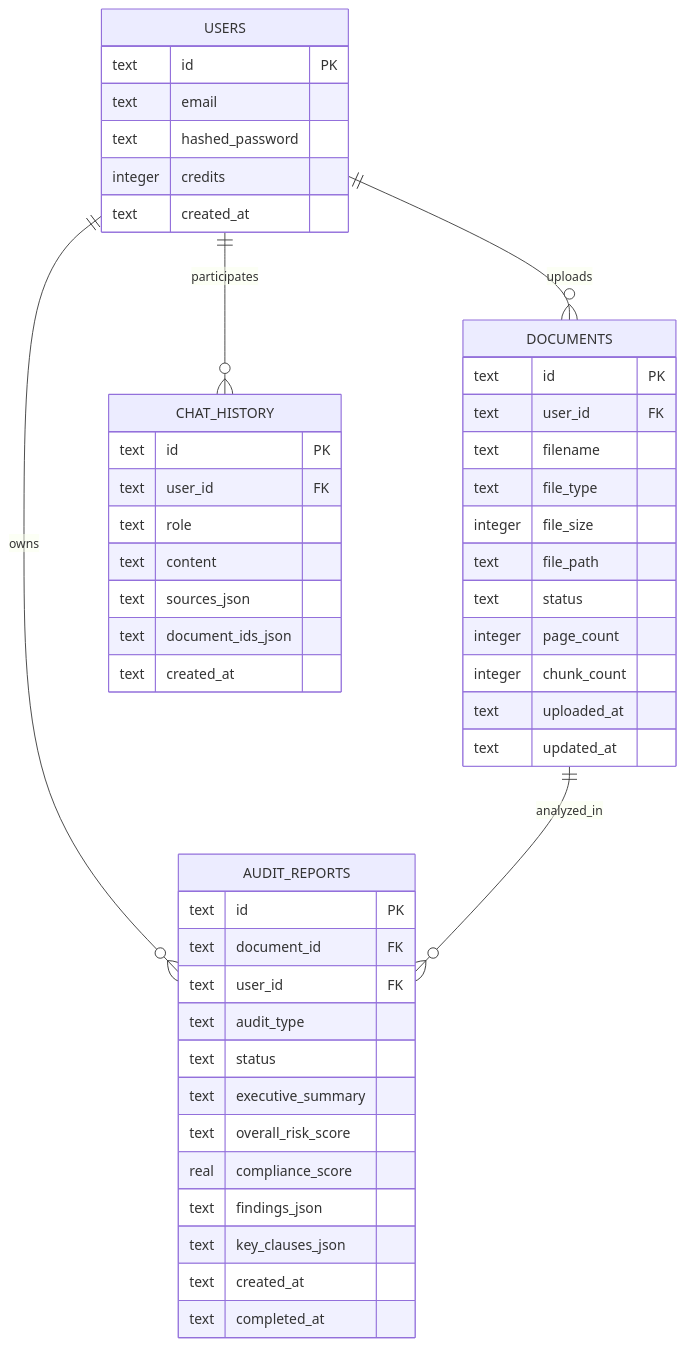
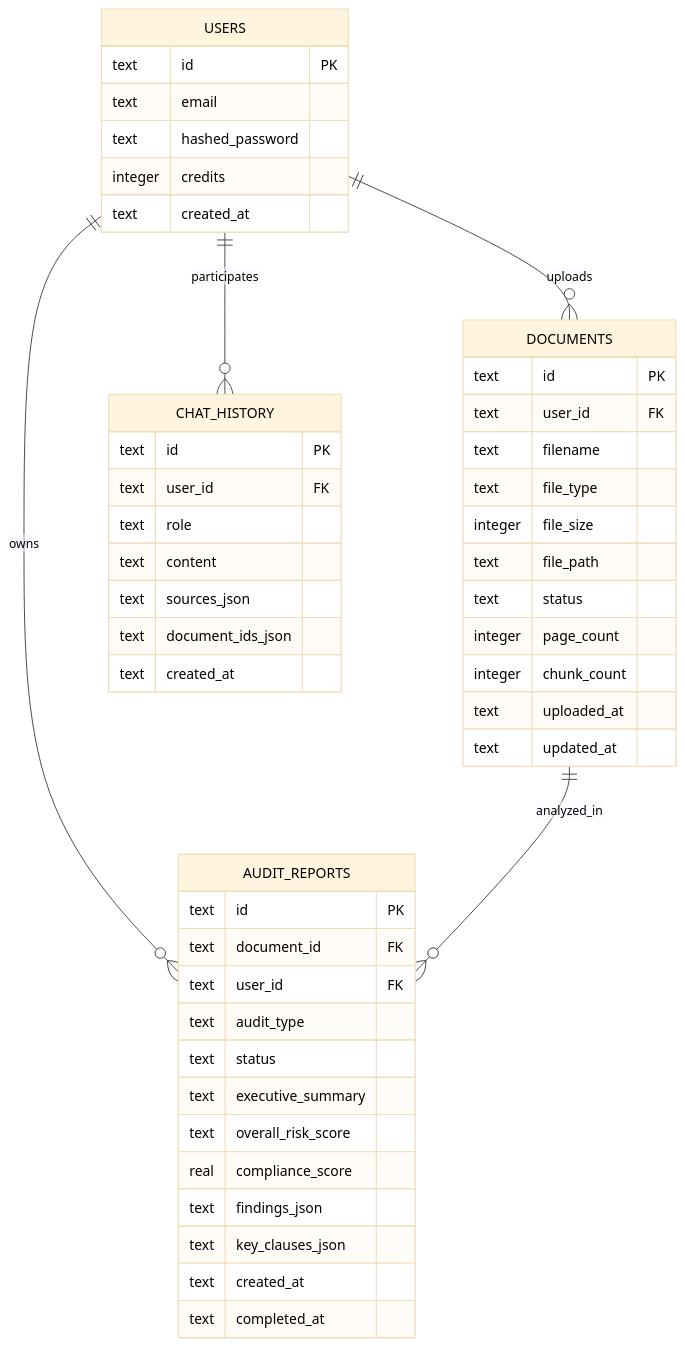
One commit to jyotiprakash-m/0_doller_architecture_projects changed the diagram in legal-auditor/database_erd.mmd. Above: the diagram before and after it, drawn with Mermaid. The commit also changed 2 other files, not shown here.

Commit message:
chore: update mermaid diagram styles to improve text readability and theme consistency

```diff
--- a/legal-auditor/database_erd.mmd
+++ b/legal-auditor/database_erd.mmd
@@ -1,52 +1,53 @@
+%%{init: {'theme': 'base', 'themeVariables': { 'primaryTextColor': '#000', 'lineColor': '#333'}}}%%
 erDiagram
     USERS {
         text id PK
         text email
         text hashed_password
         integer credits
         text created_at
     }
 
     DOCUMENTS {
         text id PK
         text user_id FK
         text filename
         text file_type
         integer file_size
         text file_path
         text status
         integer page_count
         integer chunk_count
         text uploaded_at
         text updated_at
     }
 
     AUDIT_REPORTS {
         text id PK
         text document_id FK
         text user_id FK
         text audit_type
         text status
         text executive_summary
         text overall_risk_score
         real compliance_score
         text findings_json
         text key_clauses_json
         text created_at
         text completed_at
     }
 
     CHAT_HISTORY {
         text id PK
         text user_id FK
         text role
         text content
         text sources_json
         text document_ids_json
         text created_at
     }
 
     USERS ||--o{ DOCUMENTS : "uploads"
     USERS ||--o{ AUDIT_REPORTS : "owns"
     USERS ||--o{ CHAT_HISTORY : "participates"
     DOCUMENTS ||--o{ AUDIT_REPORTS : "analyzed_in"
```
